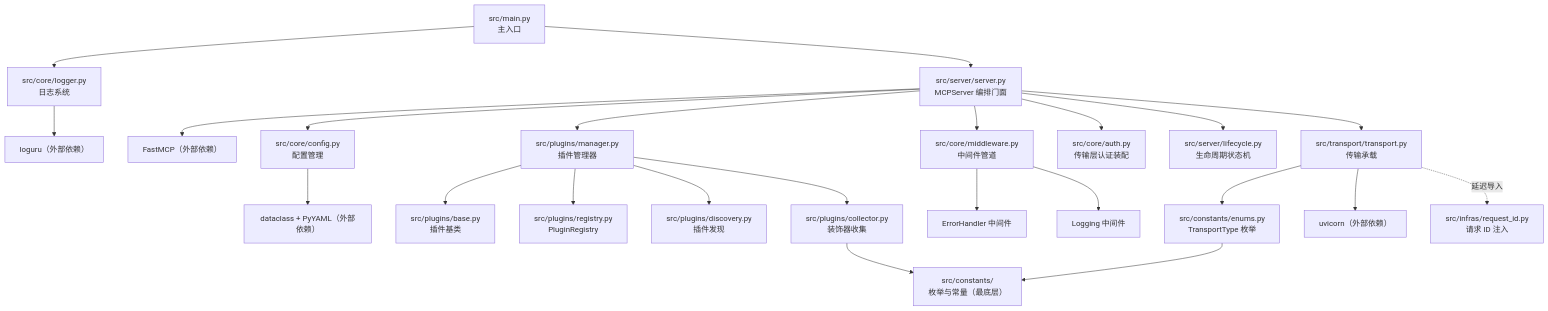
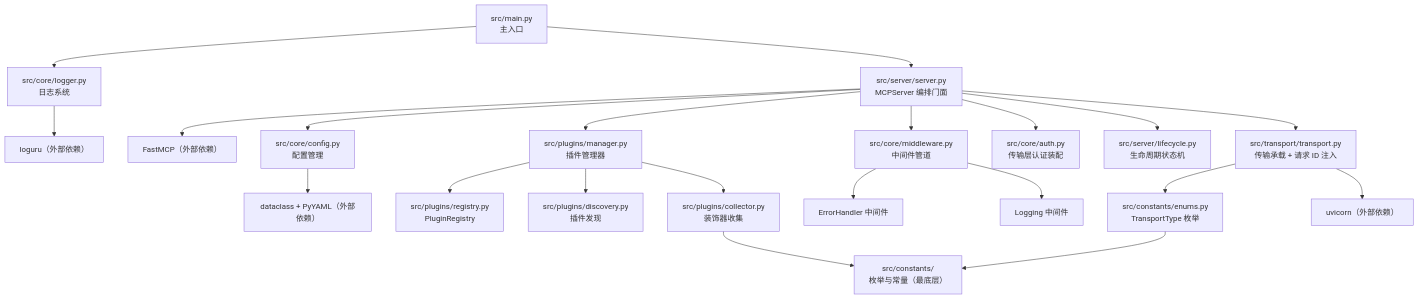
The fourth of 4 diagrams in README.md (chain-engine/x-QiuChi), drawn with Mermaid before and after one commit. The commit also changed other lines of this file and 19 other files, not shown here.

````diff
--- a/README.md
+++ b/README.md
@@ -518,30 +519,28 @@
 ```mermaid
 flowchart TD
     A["src/main.py<br/>主入口"] --> B["src/server/server.py<br/>MCPServer 编排门面"]
     A --> K["src/core/logger.py<br/>日志系统"]
     K --> K1["loguru（外部依赖）"]
 
     B --> C1["FastMCP（外部依赖）"]
     B --> D["src/plugins/manager.py<br/>插件管理器"]
     B --> E["src/core/middleware.py<br/>中间件管道"]
-    B --> F["src/transport/transport.py<br/>传输承载"]
+    B --> F["src/transport/transport.py<br/>传输承载 + 请求 ID 注入"]
     B --> AUTH["src/core/auth.py<br/>传输层认证装配"]
     B --> LC["src/server/lifecycle.py<br/>生命周期状态机"]
     B --> H["src/core/config.py<br/>配置管理"]
     H --> H1["dataclass + PyYAML（外部依赖）"]
 
-    D --> D1["src/plugins/base.py<br/>插件基类"]
     D --> D2["src/plugins/registry.py<br/>PluginRegistry"]
     D --> D3["src/plugins/discovery.py<br/>插件发现"]
     D --> D4["src/plugins/collector.py<br/>装饰器收集"]
 
     E --> E1["ErrorHandler 中间件"]
     E --> E2["Logging 中间件"]
 
     F --> T1["src/constants/enums.py<br/>TransportType 枚举"]
     F --> T2["uvicorn（外部依赖）"]
-    F -.->|"延迟导入"| OT["src/infras/request_id.py<br/>请求 ID 注入"]
 
     D4 --> EN["src/constants/<br/>枚举与常量（最底层）"]
     T1 --> EN
 ```
````
